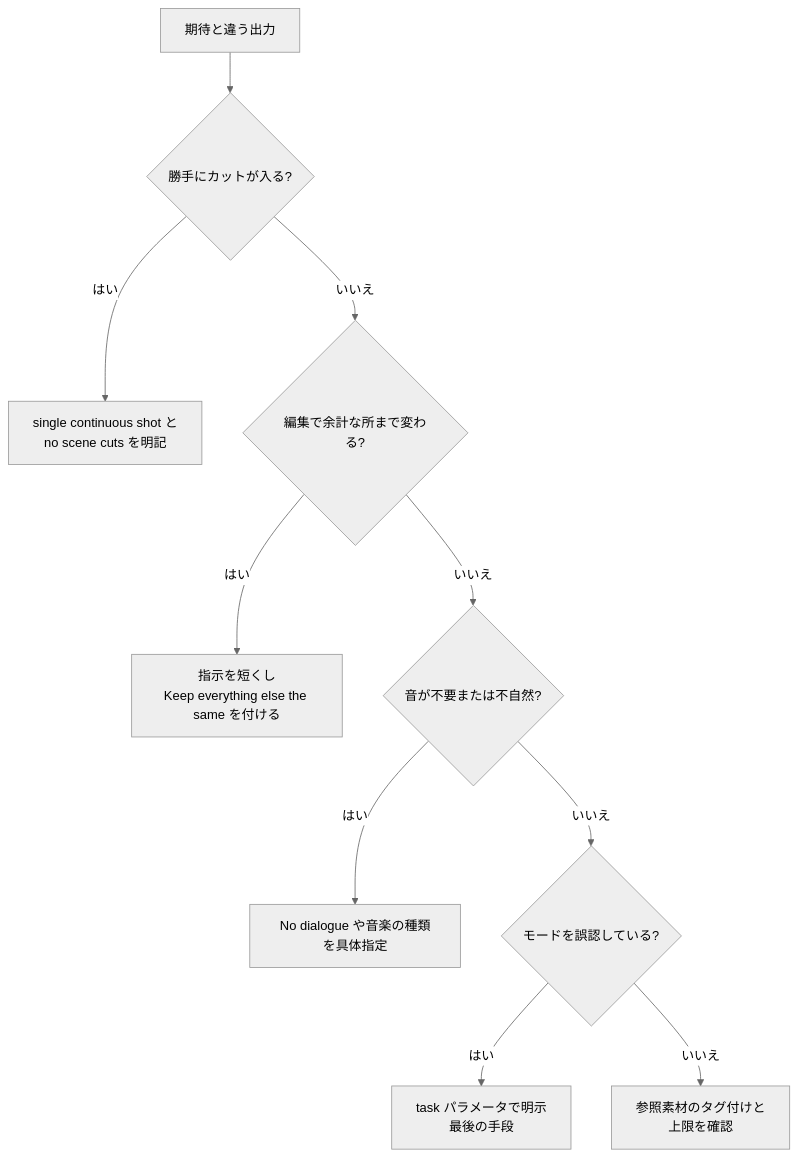
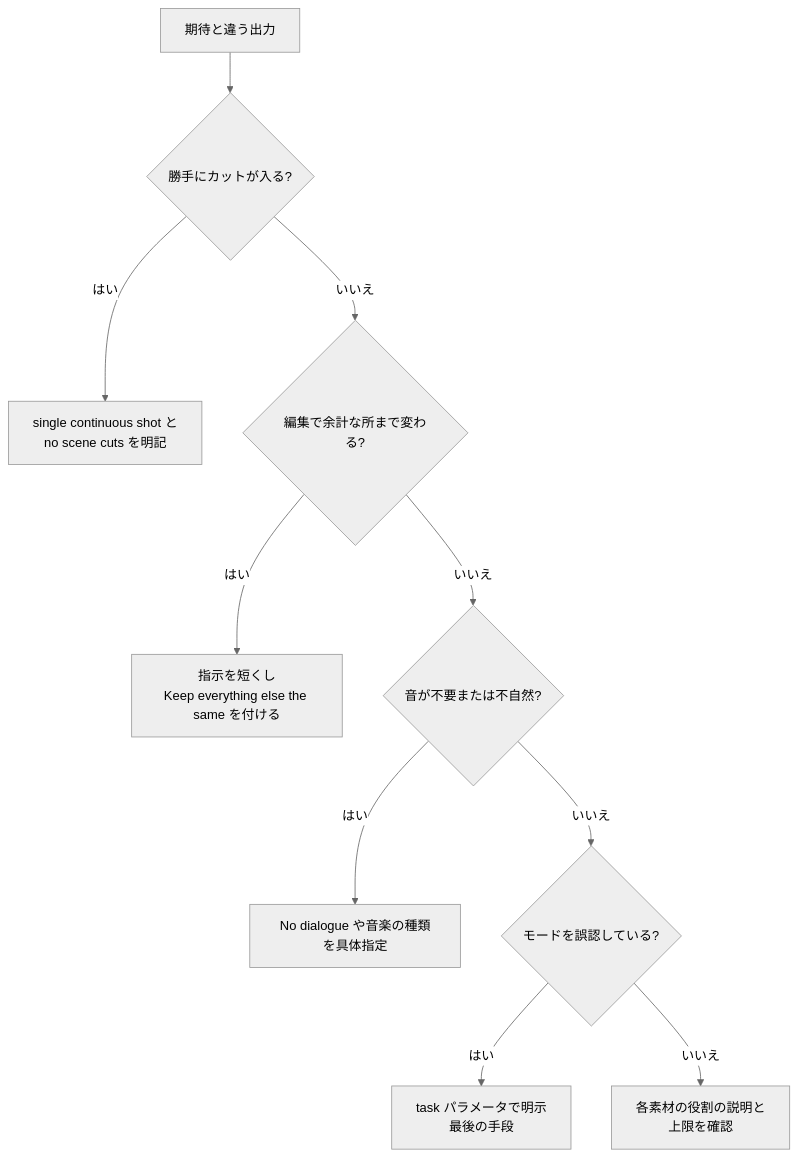
Before and after one commit to myoshi2891/Comparison-of-LLMs: the seventh of 7 diagrams in Gemini-omni-best-practices-guide.md, drawn with Mermaid (neutral theme). The commit also changed other lines of this file and 1 other file, not shown here.

````diff
--- a/Gemini-omni-best-practices-guide.md
+++ b/Gemini-omni-best-practices-guide.md
@@ -670,12 +662,12 @@
 ```mermaid
 flowchart TD
     P["期待と違う出力"] --> Q1{"勝手にカットが入る?"}
     Q1 -->|はい| A1["single continuous shot と<br/>no scene cuts を明記"]
     Q1 -->|いいえ| Q2{"編集で余計な所まで変わる?"}
     Q2 -->|はい| A2["指示を短くし<br/>Keep everything else the same を付ける"]
     Q2 -->|いいえ| Q3{"音が不要または不自然?"}
     Q3 -->|はい| A3["No dialogue や音楽の種類を具体指定"]
     Q3 -->|いいえ| Q4{"モードを誤認している?"}
     Q4 -->|はい| A4["task パラメータで明示<br/>最後の手段"]
-    Q4 -->|いいえ| A5["参照素材のタグ付けと<br/>上限を確認"]
+    Q4 -->|いいえ| A5["各素材の役割の説明と<br/>上限を確認"]
 ```
````
